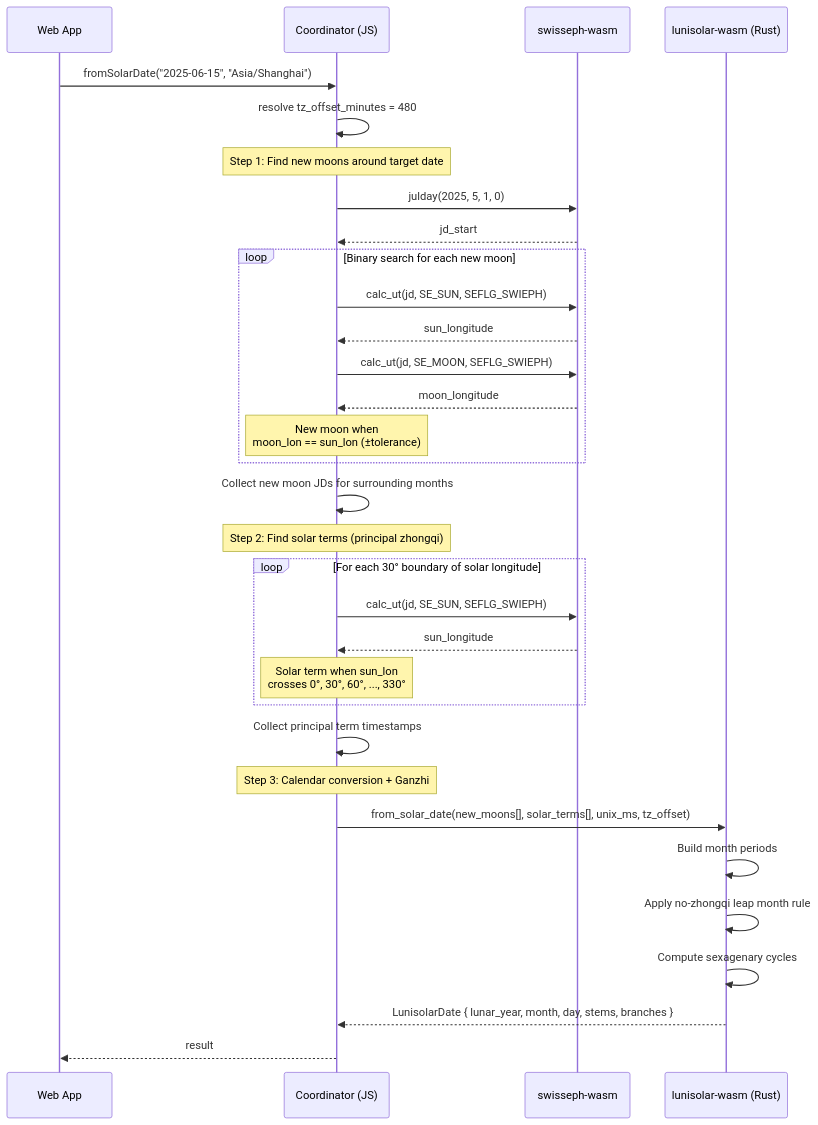
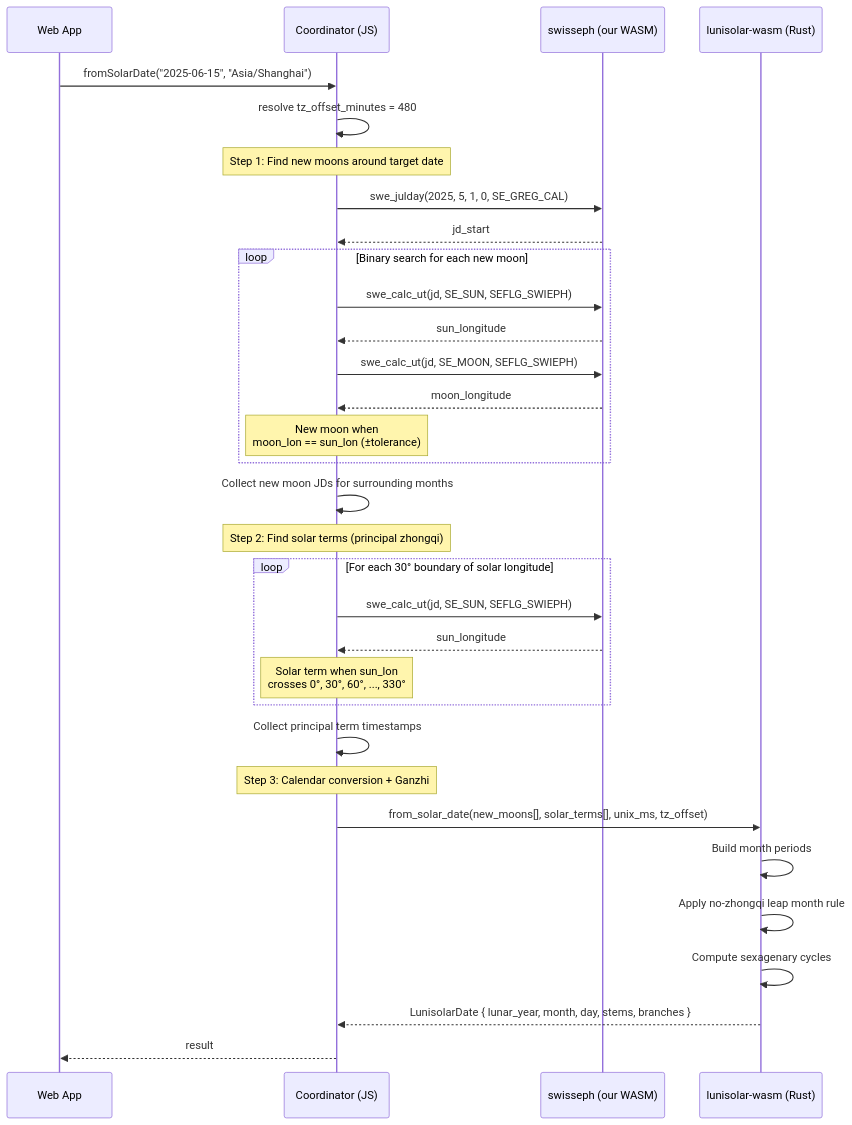
One commit to huydhoang/lunisolar-calendar changed the third of 4 diagrams in @specs/wasm.md. Above: the diagram before and after it, drawn with Mermaid. The commit also changed other lines of this file and 1 other file, not shown here.

First line of the commit message:
docs: update @specs with actual benchmark data and vendored wasm-bindgen approach

````diff
--- a/@specs/wasm.md
+++ b/@specs/wasm.md
@@ -124,38 +128,38 @@
 ```mermaid
 sequenceDiagram
     participant App as Web App
     participant Coord as Coordinator (JS)
-    participant SWE as swisseph-wasm
+    participant SWE as swisseph (our WASM)
     participant LW as lunisolar-wasm (Rust)
 
     App->>Coord: fromSolarDate("2025-06-15", "Asia/Shanghai")
     Coord->>Coord: resolve tz_offset_minutes = 480
 
     Note over Coord: Step 1: Find new moons around target date
-    Coord->>SWE: julday(2025, 5, 1, 0)
+    Coord->>SWE: swe_julday(2025, 5, 1, 0, SE_GREG_CAL)
     SWE-->>Coord: jd_start
     loop Binary search for each new moon
-        Coord->>SWE: calc_ut(jd, SE_SUN, SEFLG_SWIEPH)
+        Coord->>SWE: swe_calc_ut(jd, SE_SUN, SEFLG_SWIEPH)
         SWE-->>Coord: sun_longitude
-        Coord->>SWE: calc_ut(jd, SE_MOON, SEFLG_SWIEPH)
+        Coord->>SWE: swe_calc_ut(jd, SE_MOON, SEFLG_SWIEPH)
         SWE-->>Coord: moon_longitude
         Note over Coord: New moon when<br/>moon_lon == sun_lon (±tolerance)
     end
     Coord->>Coord: Collect new moon JDs for surrounding months
 
     Note over Coord: Step 2: Find solar terms (principal zhongqi)
     loop For each 30° boundary of solar longitude
-        Coord->>SWE: calc_ut(jd, SE_SUN, SEFLG_SWIEPH)
+        Coord->>SWE: swe_calc_ut(jd, SE_SUN, SEFLG_SWIEPH)
         SWE-->>Coord: sun_longitude
         Note over Coord: Solar term when sun_lon<br/>crosses 0°, 30°, 60°, ..., 330°
     end
     Coord->>Coord: Collect principal term timestamps
 
     Note over Coord: Step 3: Calendar conversion + Ganzhi
     Coord->>LW: from_solar_date(new_moons[], solar_terms[], unix_ms, tz_offset)
     LW->>LW: Build month periods
     LW->>LW: Apply no-zhongqi leap month rule
     LW->>LW: Compute sexagenary cycles
     LW-->>Coord: LunisolarDate { lunar_year, month, day, stems, branches }
     Coord-->>App: result
 ```
````
